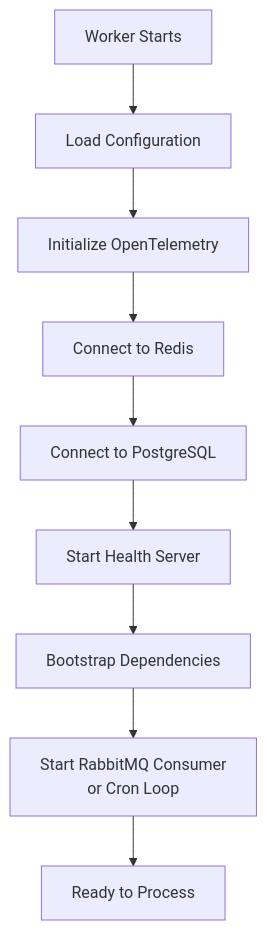
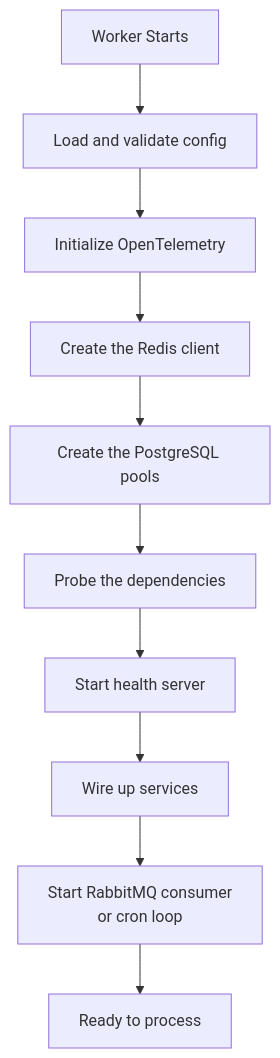
The eighth of 8 diagrams in services/workers/docs/concepts/architecture.md (kunalPisolkar24/detectAI), drawn with Mermaid before and after one commit. The commit also changed other lines of this file and 10 other files, not shown here.

````diff
--- a/services/workers/docs/concepts/architecture.md
+++ b/services/workers/docs/concepts/architecture.md
@@ -302,11 +470,12 @@
 ```mermaid
 graph TB
-    Start[Worker Starts] --> Config[Load Configuration]
+    Start[Worker Starts] --> Config[Load and validate config]
     Config --> Tracing[Initialize OpenTelemetry]
-    Tracing --> Redis[Connect to Redis]
-    Redis --> Prisma[Connect to PostgreSQL]
-    Prisma --> Health[Start Health Server]
-    Health --> Bootstrap[Bootstrap Dependencies]
-    Bootstrap --> Consumer[Start RabbitMQ Consumer<br/>or Cron Loop]
-    Consumer --> Ready[Ready to Process]
+    Tracing --> Redis[Create the Redis client]
+    Redis --> Prisma[Create the PostgreSQL pools]
+    Prisma --> Probe[Probe the dependencies]
+    Probe --> Health[Start health server]
+    Health --> Bootstrap[Wire up services]
+    Bootstrap --> Consumer[Start RabbitMQ consumer<br/>or cron loop]
+    Consumer --> Ready[Ready to process]
 ```
````
